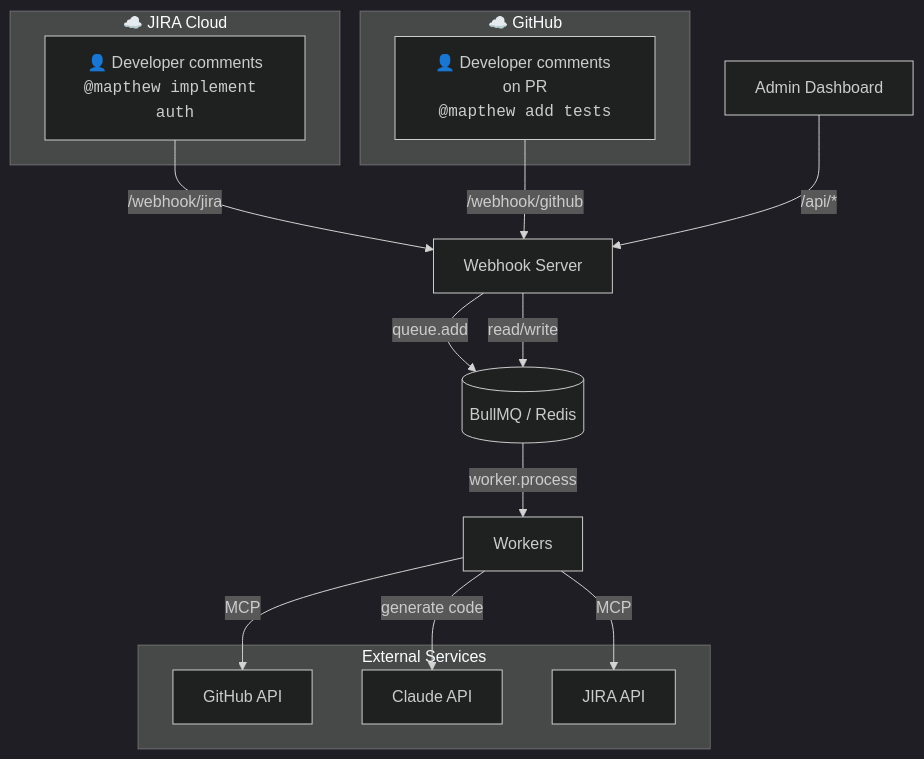
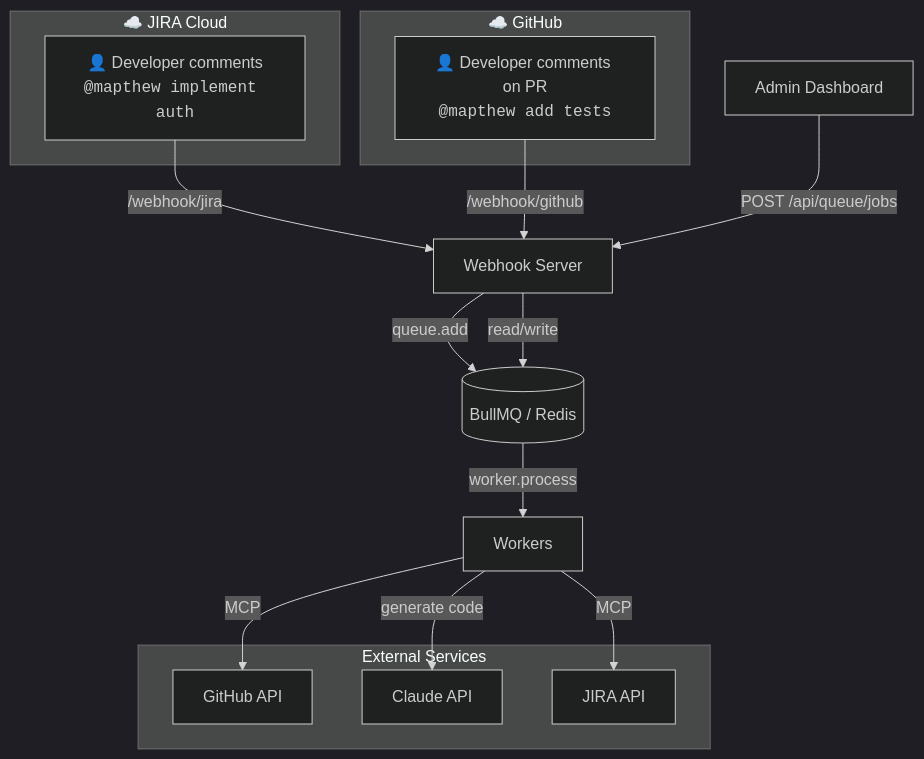
The first of 7 diagrams in docs/architecture.md (mappedin-dev/mapthew), drawn with Mermaid (dark theme) before and after one commit. The commit also changed other lines of this file and 37 other files, not shown here.

Commit message:
feat: allow spawning jobs from the admin console

````diff
--- a/docs/architecture.md
+++ b/docs/architecture.md
@@ -12,33 +13,33 @@
 ```mermaid
 flowchart TD
     subgraph JIRA["☁️ JIRA Cloud"]
         A[👤 Developer comments<br/><code>@mapthew implement auth</code>]
     end
 
     subgraph GitHub["☁️ GitHub"]
         G[👤 Developer comments on PR<br/><code>@mapthew add tests</code>]
     end
 
     B[Webhook Server]
     ADMIN[Admin Dashboard]
 
     C[("BullMQ / Redis")]
     D[Workers]
 
     subgraph External["External Services"]
         H[GitHub API]
         I[Claude API]
         J[JIRA API]
     end
 
     A -->|/webhook/jira| B
     G -->|/webhook/github| B
+    ADMIN -->|POST /api/queue/jobs| B
     B -->|queue.add| C
     C -->|worker.process| D
     D -->|MCP| J
     D -->|MCP| H
     D -->|generate code| I
 
-    ADMIN -->|/api/*| B
     B -->|read/write| C
 ```
````
